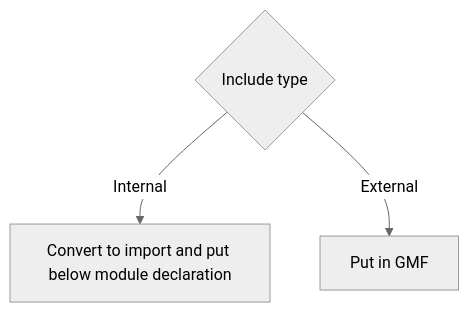
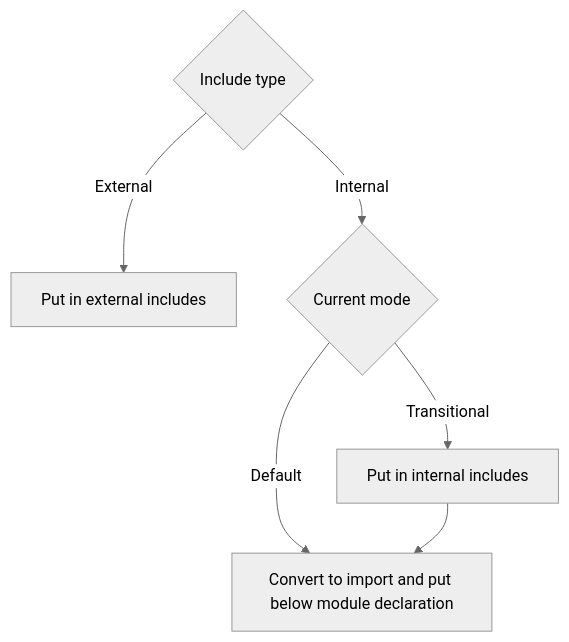
One commit to msqr1/importizer changed the second of 2 diagrams in HowItWorks.md. Above: the diagram before and after it, drawn with Mermaid (neutral theme). The commit also changed other lines of this file and 11 other files, not shown here.

````diff
--- a/HowItWorks.md
+++ b/HowItWorks.md
@@ -52,6 +56,13 @@
 ```mermaid
 flowchart TD
 A{Include type}
-A --> |Internal| C[Convert to import and put below module declaration]
-A --> |External| D[Put in GMF]
+B[Put in external includes]
+C{Current mode}
+D[Put in internal includes]
+E[Convert to import and put below module declaration]
+A --> |External| B
+A --> |Internal| C
+C --> |Transitional| D
+C --> |Default| E
+D --> E
 ```
````
